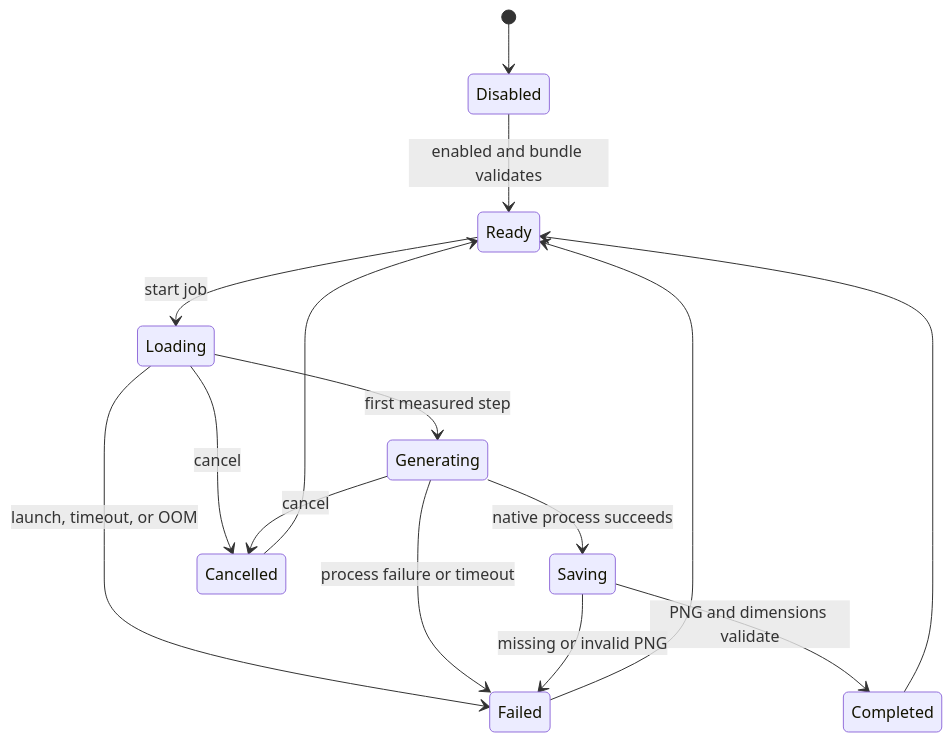
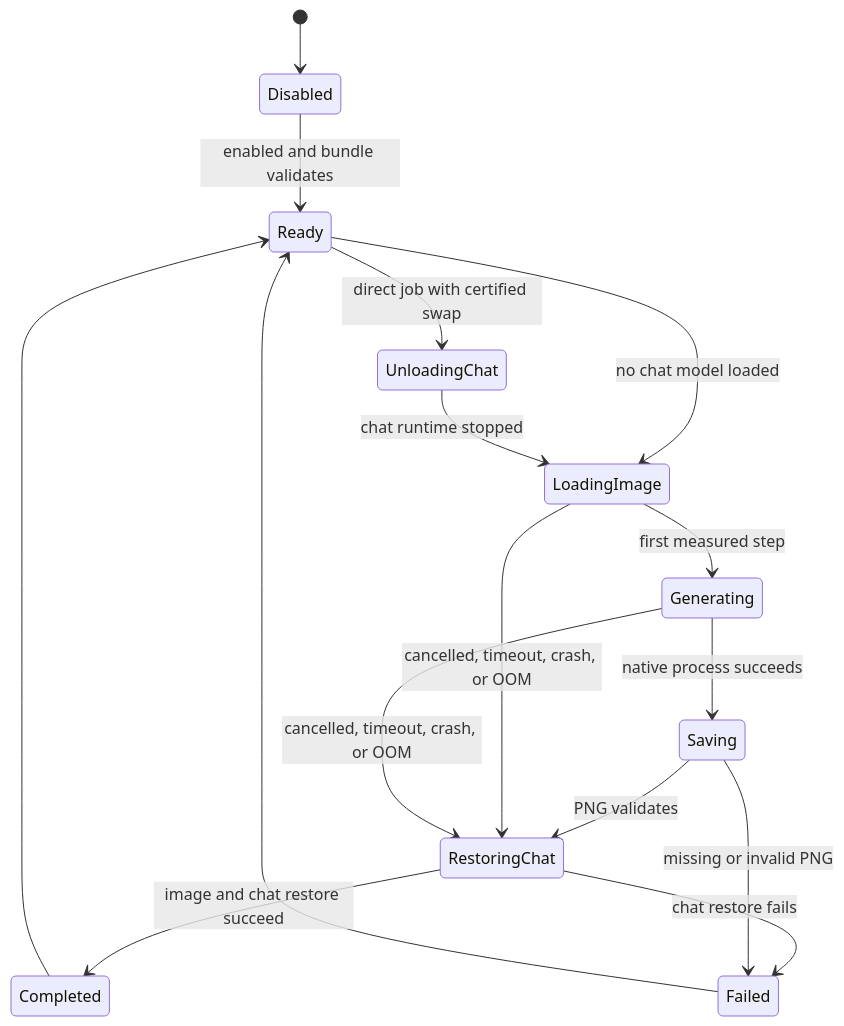
One commit to AssassinUKG/InferenceBridge changed the diagram in docs/22-image-generation-integration-plan.md. Above: the diagram before and after it, drawn with Mermaid. The commit also changed other lines of this file and 23 other files, not shown here.

````diff
--- a/docs/22-image-generation-integration-plan.md
+++ b/docs/22-image-generation-integration-plan.md
@@ -30,17 +43,18 @@
 ```mermaid
 stateDiagram-v2
     [*] --> Disabled
     Disabled --> Ready: enabled and bundle validates
-    Ready --> Loading: start job
-    Loading --> Generating: first measured step
+    Ready --> UnloadingChat: direct job with certified swap
+    Ready --> LoadingImage: no chat model loaded
+    UnloadingChat --> LoadingImage: chat runtime stopped
+    LoadingImage --> Generating: first measured step
     Generating --> Saving: native process succeeds
-    Saving --> Completed: PNG and dimensions validate
-    Loading --> Cancelled: cancel
-    Generating --> Cancelled: cancel
-    Loading --> Failed: launch, timeout, or OOM
-    Generating --> Failed: process failure or timeout
+    Saving --> RestoringChat: PNG validates
+    LoadingImage --> RestoringChat: cancelled, timeout, crash, or OOM
+    Generating --> RestoringChat: cancelled, timeout, crash, or OOM
+    RestoringChat --> Completed: image and chat restore succeed
+    RestoringChat --> Failed: chat restore fails
     Saving --> Failed: missing or invalid PNG
     Completed --> Ready
-    Cancelled --> Ready
     Failed --> Ready
 ```
````
